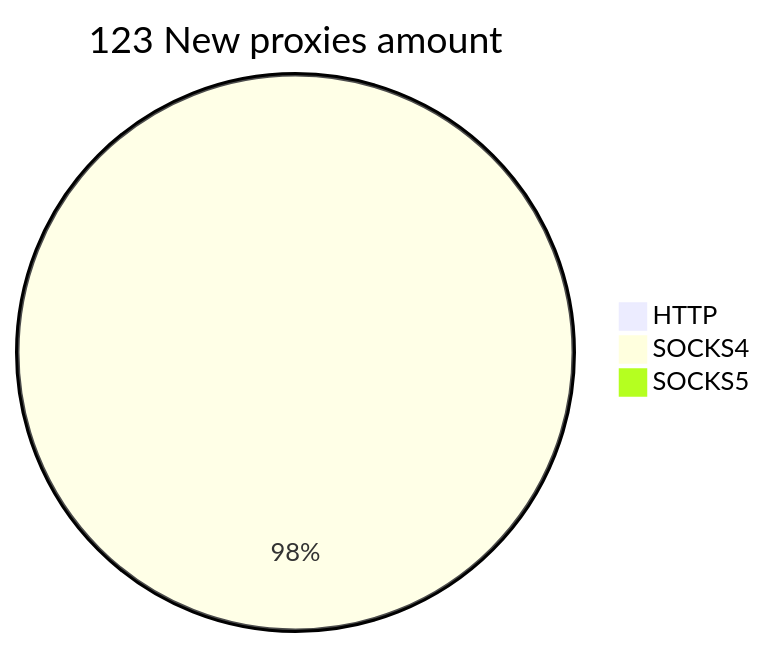
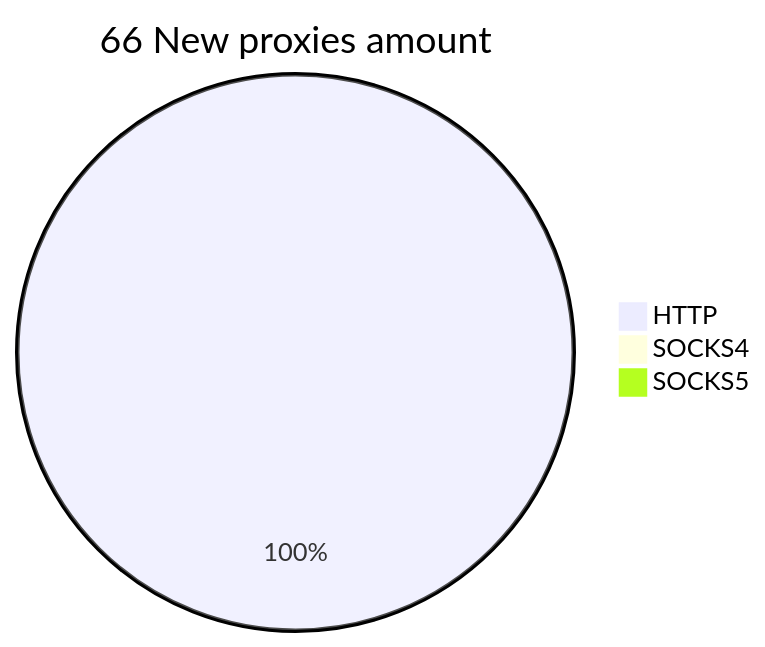
Before and after one commit to cutipu/proxylist: the second of 2 diagrams in README.md, drawn with Mermaid. The commit also changed other lines of this file, not shown here.

````diff
--- a/README.md
+++ b/README.md
@@ -10,6 +10,6 @@
 ```mermaid
-pie title 123 New proxies amount
-    "HTTP" : 1
-    "SOCKS4" : 121
-    "SOCKS5" : 1
+pie title 66 New proxies amount
+    "HTTP" : 70
+    "SOCKS4" : 0
+    "SOCKS5" : 0
 ```
````
